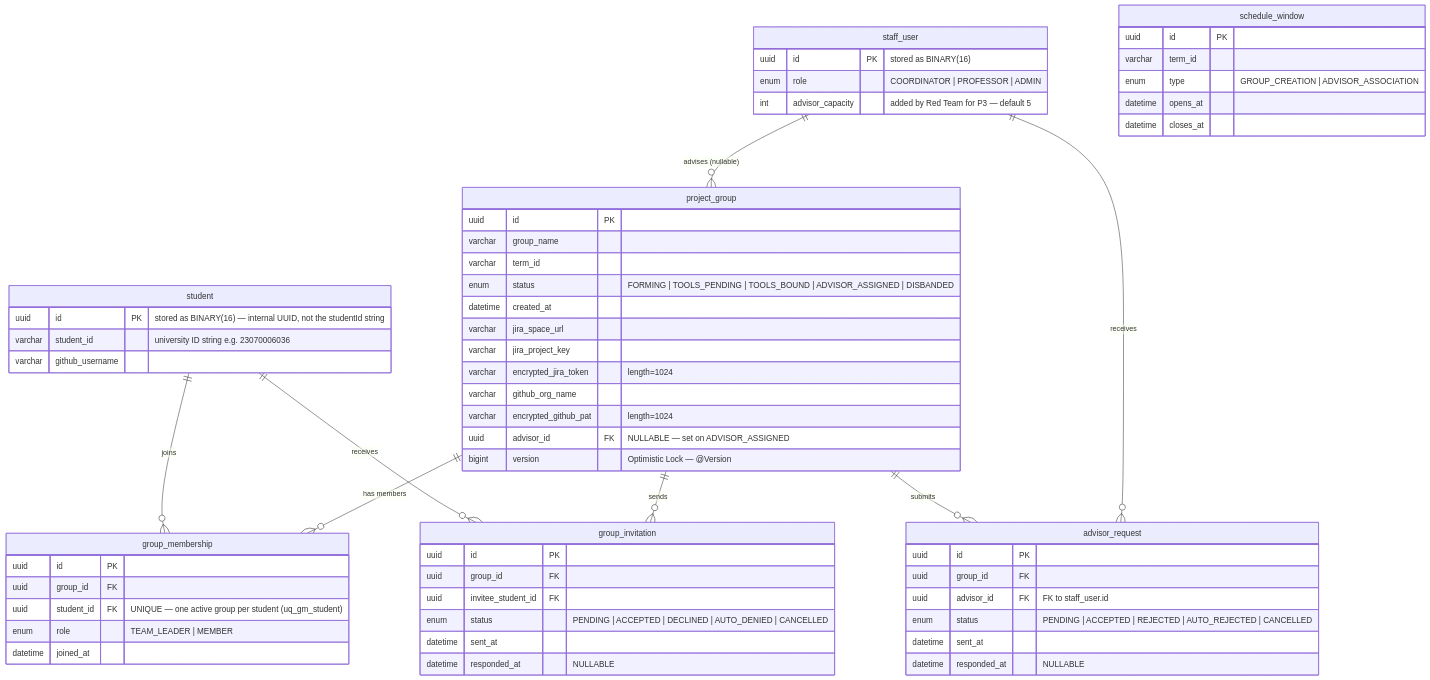
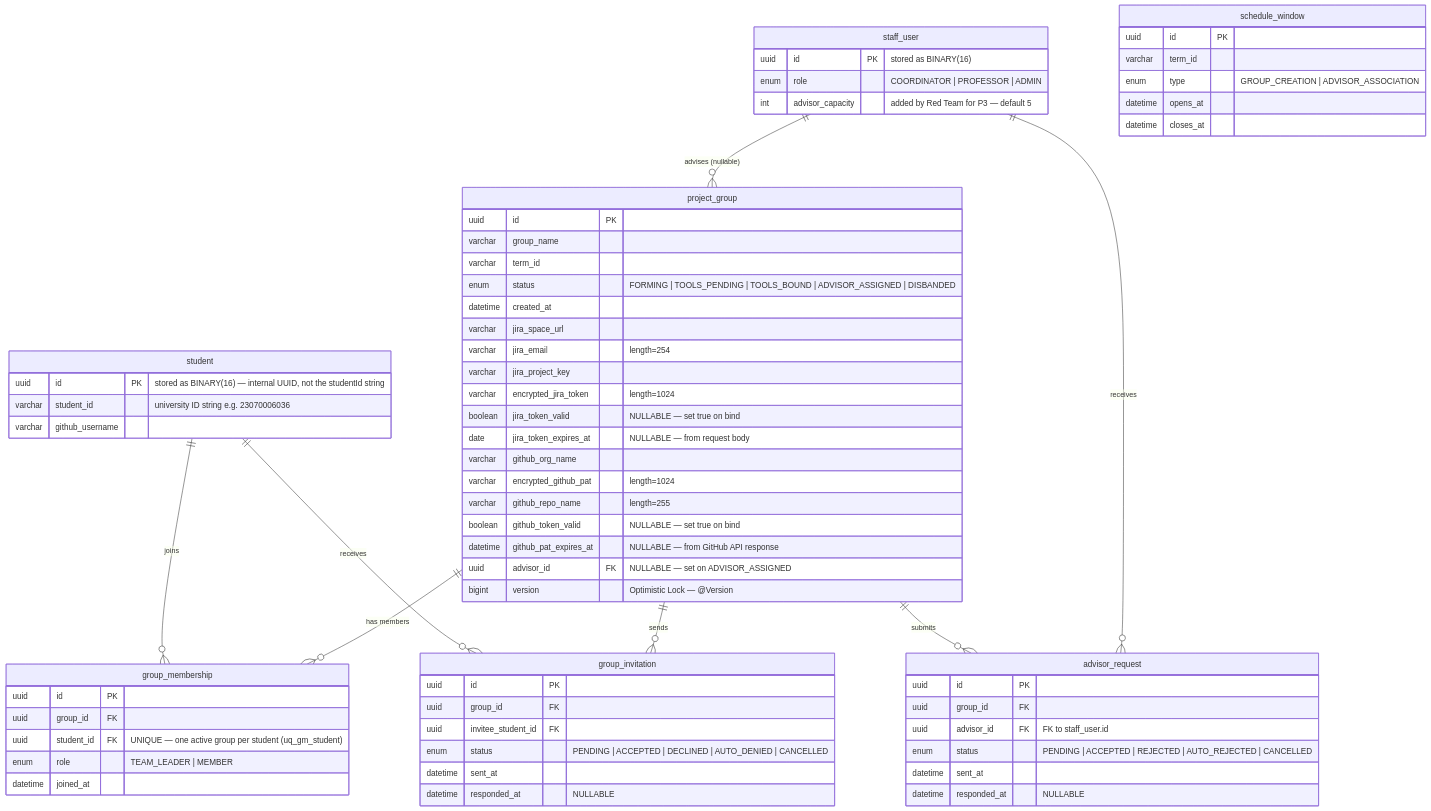
Before and after one commit to SE3318-Spring-2025-2026/senior-app-6: the second of 3 diagrams in docs/shared-p2-p3/er_p2_p3.md, drawn with Mermaid. The commit also changed 27 other files, not shown here.

```diff
--- a/docs/shared-p2-p3/er_p2_p3.md
+++ b/docs/shared-p2-p3/er_p2_p3.md
@@ -113,10 +113,16 @@
         enum status "FORMING | TOOLS_PENDING | TOOLS_BOUND | ADVISOR_ASSIGNED | DISBANDED"
         datetime created_at
         varchar jira_space_url
+        varchar jira_email "length=254"
         varchar jira_project_key
         varchar encrypted_jira_token "length=1024"
+        boolean jira_token_valid "NULLABLE — set true on bind"
+        date jira_token_expires_at "NULLABLE — from request body"
         varchar github_org_name
         varchar encrypted_github_pat "length=1024"
+        varchar github_repo_name "length=255"
+        boolean github_token_valid "NULLABLE — set true on bind"
+        datetime github_pat_expires_at "NULLABLE — from GitHub API response"
         uuid advisor_id FK "NULLABLE — set on ADVISOR_ASSIGNED"
         bigint version "Optimistic Lock — @Version"
     }
```
